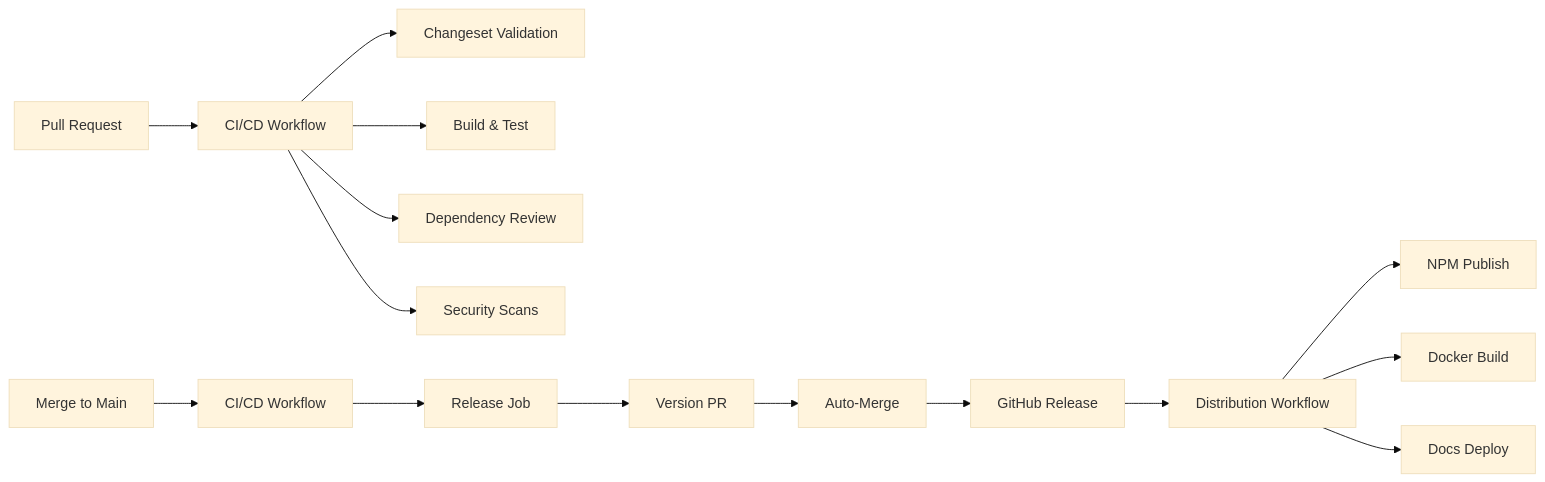
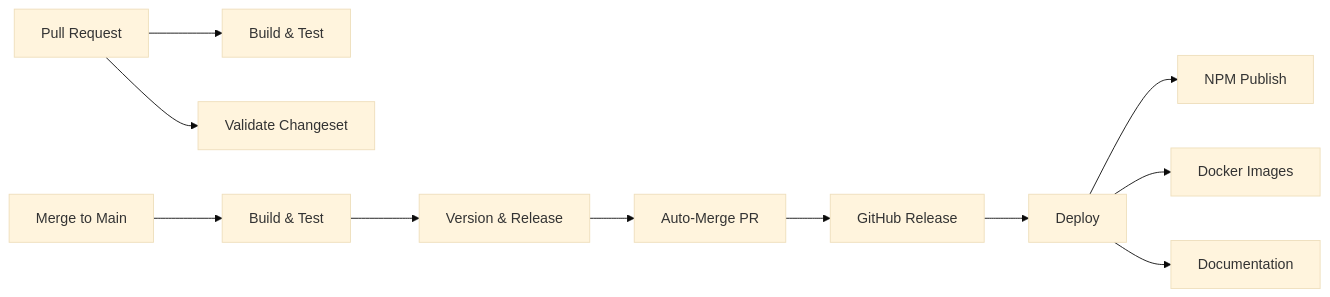
The diagram in .github/WORKFLOWS.md (sapientpants/agentic-node-ts-starter), drawn with Mermaid (base theme) before and after one commit. The commit also changed other lines of this file and 8 other files, not shown here.

First line of the commit message:
refactor: simplify CI/CD pipeline architecture (#31)

````diff
--- a/.github/WORKFLOWS.md
+++ b/.github/WORKFLOWS.md
@@ -7,19 +7,14 @@
 ```mermaid
 graph LR
-    PR[Pull Request] --> CI[CI/CD Workflow]
-    CI --> CV[Changeset Validation]
-    CI --> BT[Build & Test]
-    CI --> DR[Dependency Review]
-    CI --> SEC[Security Scans]
+    PR[Pull Request] --> BUILD[Build & Test]
+    PR --> VALIDATE[Validate Changeset]
 
-    MERGE[Merge to Main] --> CI2[CI/CD Workflow]
-    CI2 --> REL[Release Job]
-    REL --> VP[Version PR]
-    VP --> AM[Auto-Merge]
-
-    AM --> RELEASE[GitHub Release]
-    RELEASE --> DIST[Distribution Workflow]
-    DIST --> NPM[NPM Publish]
-    DIST --> DOCKER[Docker Build]
-    DIST --> DOCS[Docs Deploy]
+    MERGE[Merge to Main] --> BUILD2[Build & Test]
+    BUILD2 --> VERSION[Version & Release]
+    VERSION --> AUTOMERGE[Auto-Merge PR]
+    AUTOMERGE --> RELEASE[GitHub Release]
+    RELEASE --> DEPLOY[Deploy]
+    DEPLOY --> NPM[NPM Publish]
+    DEPLOY --> DOCKER[Docker Images]
+    DEPLOY --> DOCS[Documentation]
 ```
````
